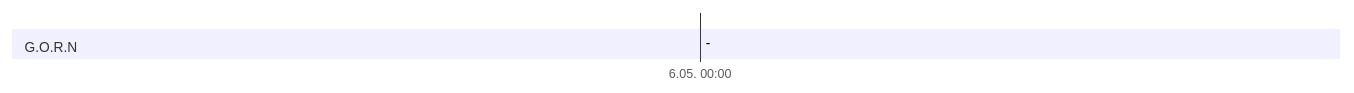
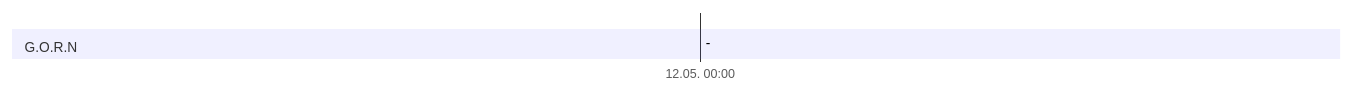
One commit to LorenJaffrey/DnD_PFT changed diagram 19 of 20 in Kampagne/Timeline Kampagne 2.md. Above: the diagram before and after it, drawn with Mermaid. The commit also changed other lines of this file, not shown here.

Commit message:
Timeline aktualisiert

````diff
--- a/Kampagne/Timeline Kampagne 2.md
+++ b/Kampagne/Timeline Kampagne 2.md
@@ -230,9 +303,9 @@
 ```mermaid
 gantt
 	dateFormat HH:mm
 	axisFormat %e.%m. %H:%M
 	tickinterval 1hour
 	weekday monday
 	section G.O.R.N
-		-: a1, 2024-05-06 00:00, 
+		-: a1, 2024-05-12 00:00, 
 ```
````
